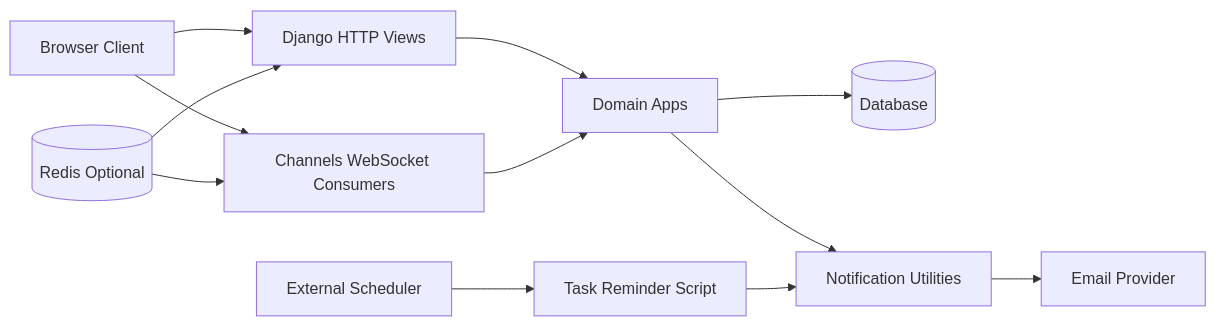
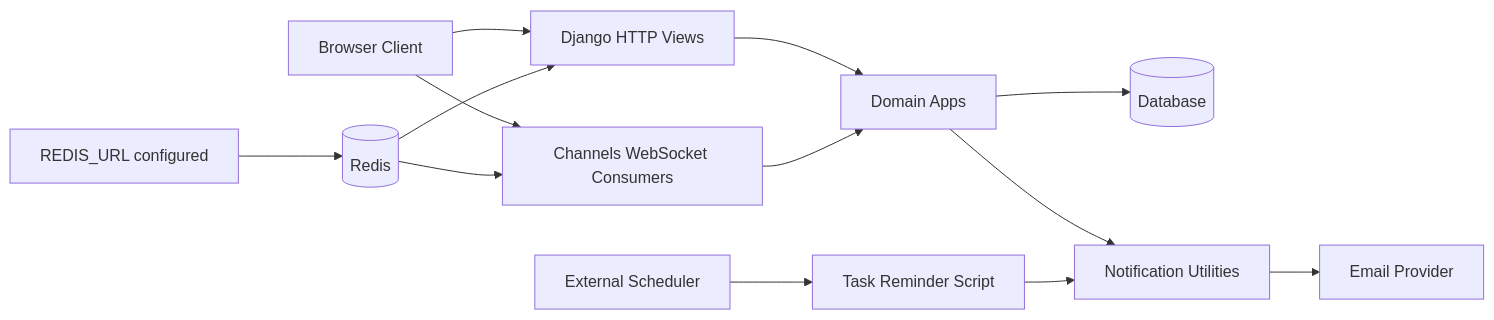
The diagram in docs/architecture.md (gemnightfox/WebPlant), drawn with Mermaid before and after one commit. The commit also changed other lines of this file and 10 other files, not shown here.

````diff
--- a/docs/architecture.md
+++ b/docs/architecture.md
@@ -117,14 +117,15 @@
 ```mermaid
 flowchart LR
     UserClient[Browser Client] --> DjangoHTTP[Django HTTP Views]
     UserClient --> DjangoWS[Channels WebSocket Consumers]
     DjangoHTTP --> DomainApps[Domain Apps]
     DjangoWS --> DomainApps
     DomainApps --> Database[(Database)]
     DomainApps --> NotificationLayer[Notification Utilities]
     NotificationLayer --> EmailProvider[Email Provider]
     Scheduler[External Scheduler] --> ReminderScript[Task Reminder Script]
     ReminderScript --> NotificationLayer
-    Redis[(Redis Optional)] --> DjangoHTTP
+    RedisConfig[REDIS_URL configured] --> Redis[(Redis)]
+    Redis --> DjangoHTTP
     Redis --> DjangoWS
 ```
````
